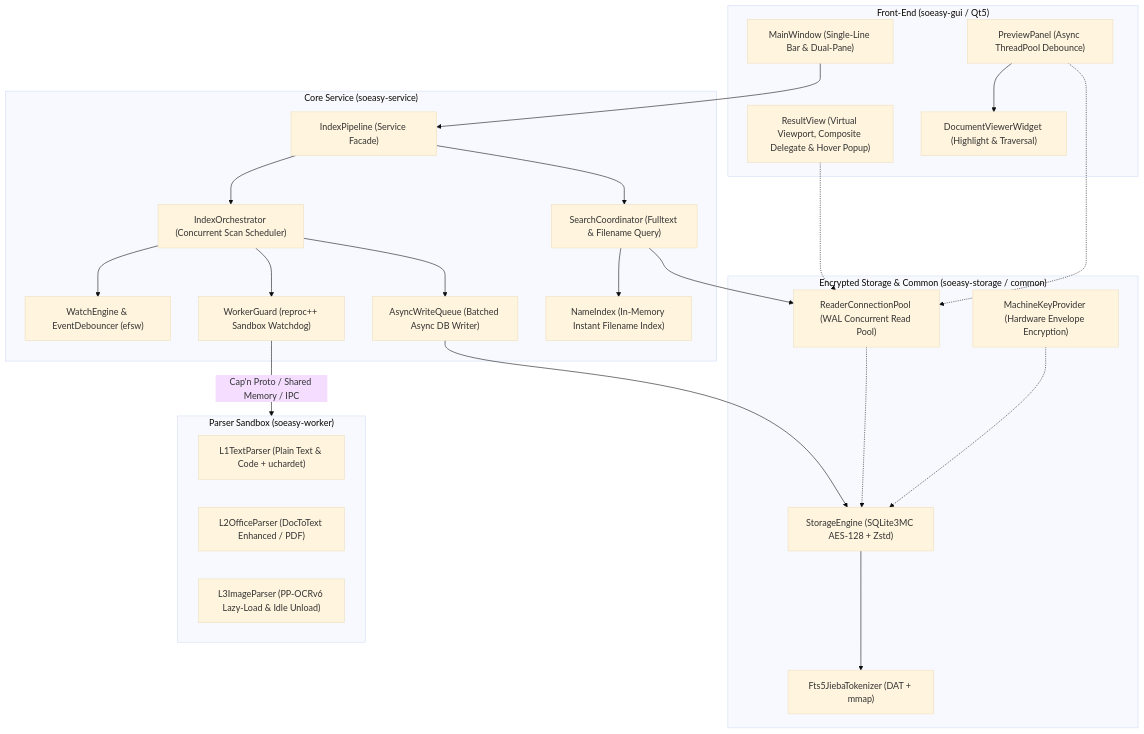
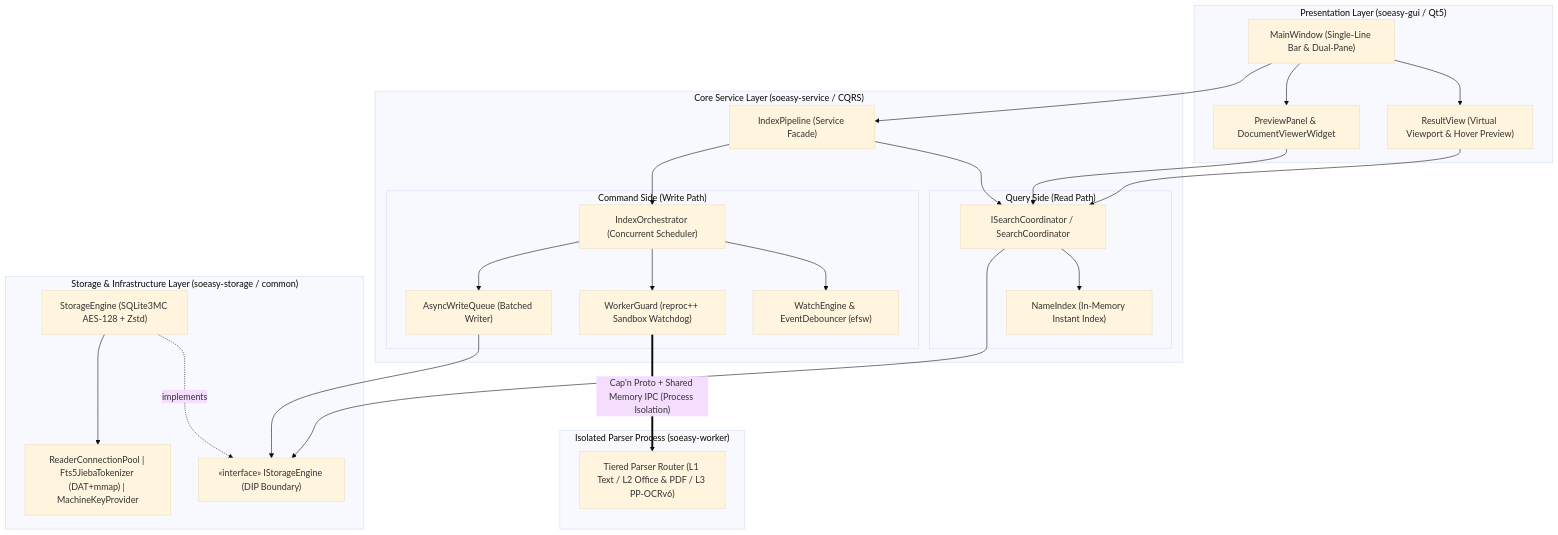
Before and after one commit to lilucpp/soeasy: the diagram in README.md, drawn with Mermaid (base theme). The commit also changed 46 other files, not shown here.

First line of the commit message:
refactor(arch): consolidate CQRS boundaries, NVI contracts, and async GUI decoupling

````diff
--- a/README.md
+++ b/README.md
@@ -35,49 +35,52 @@
 ```mermaid
 flowchart TD
-    subgraph UI ["Front-End (soeasy-gui / Qt5)"]
+    subgraph UI ["Presentation Layer (soeasy-gui / Qt5)"]
         MainWindow["MainWindow (Single-Line Bar & Dual-Pane)"]
-        ResultView["ResultView (Virtual Viewport, Composite Delegate & Hover Popup)"]
-        PreviewPanel["PreviewPanel (Async ThreadPool Debounce)"]
-        DocViewer["DocumentViewerWidget (Highlight & Traversal)"]
+        ResultView["ResultView (Virtual Viewport & Hover Preview)"]
+        PreviewPanel["PreviewPanel & DocumentViewerWidget"]
+        MainWindow --> ResultView
+        MainWindow --> PreviewPanel
     end
 
-    subgraph Core ["Core Service (soeasy-service)"]
+    subgraph Core ["Core Service Layer (soeasy-service / CQRS)"]
         IndexPipeline["IndexPipeline (Service Facade)"]
-        Orchestrator["IndexOrchestrator (Concurrent Scan Scheduler)"]
-        SearchCoord["SearchCoordinator (Fulltext & Filename Query)"]
-        NameIndex["NameIndex (In-Memory Instant Filename Index)"]
-        WriteQueue["AsyncWriteQueue (Batched Async DB Writer)"]
-        WatchEngine["WatchEngine & EventDebouncer (efsw)"]
-        WorkerGuard["WorkerGuard (reproc++ Sandbox Watchdog)"]
+
+        subgraph QuerySide ["Query Side (Read Path)"]
+            SearchCoord["ISearchCoordinator / SearchCoordinator"]
+            NameIndex["NameIndex (In-Memory Instant Index)"]
+            SearchCoord --> NameIndex
+        end
+
+        subgraph CommandSide ["Command Side (Write Path)"]
+            Orchestrator["IndexOrchestrator (Concurrent Scheduler)"]
+            WatchEngine["WatchEngine & EventDebouncer (efsw)"]
+            WorkerGuard["WorkerGuard (reproc++ Sandbox Watchdog)"]
+            WriteQueue["AsyncWriteQueue (Batched Writer)"]
+            Orchestrator --> WatchEngine
+            Orchestrator --> WorkerGuard
+            Orchestrator --> WriteQueue
+        end
+
+        IndexPipeline --> SearchCoord
+        IndexPipeline --> Orchestrator
     end
 
-    subgraph Sandbox ["Parser Sandbox (soeasy-worker)"]
-        L1["L1TextParser (Plain Text & Code + uchardet)"]
-        L2["L2OfficeParser (DocToText Enhanced / PDF)"]
-        L3["L3ImageParser (PP-OCRv6 Lazy-Load & Idle Unload)"]
+    subgraph Sandbox ["Isolated Parser Process (soeasy-worker)"]
+        ParserRouter["Tiered Parser Router (L1 Text / L2 Office & PDF / L3 PP-OCRv6)"]
     end
 
-    subgraph Storage ["Encrypted Storage & Common (soeasy-storage / common)"]
+    subgraph Storage ["Storage & Infrastructure Layer (soeasy-storage / common)"]
+        IStorage["«interface» IStorageEngine (DIP Boundary)"]
         StorageEngine["StorageEngine (SQLite3MC AES-128 + Zstd)"]
-        ReaderPool["ReaderConnectionPool (WAL Concurrent Read Pool)"]
-        FTS5["Fts5JiebaTokenizer (DAT + mmap)"]
-        MachineKey["MachineKeyProvider (Hardware Envelope Encryption)"]
+        Subsystems["ReaderConnectionPool | Fts5JiebaTokenizer (DAT+mmap) | MachineKeyProvider"]
+        StorageEngine -.->|"implements"| IStorage
+        StorageEngine --> Subsystems
     end
 
     MainWindow --> IndexPipeline
-    PreviewPanel --> DocViewer
-    IndexPipeline --> Orchestrator
-    IndexPipeline --> SearchCoord
-    Orchestrator --> WatchEngine
-    Orchestrator --> WorkerGuard
-    Orchestrator --> WriteQueue
-    SearchCoord --> NameIndex
-    SearchCoord --> ReaderPool
-    WorkerGuard -- "Cap'n Proto / Shared Memory / IPC" --> Sandbox
-    MachineKey -.-> StorageEngine
-    WriteQueue --> StorageEngine
-    StorageEngine --> FTS5
-    ReaderPool -.-> StorageEngine
-    ResultView -.-> ReaderPool
-    PreviewPanel -.-> ReaderPool
+    ResultView --> SearchCoord
+    PreviewPanel --> SearchCoord
+    SearchCoord --> IStorage
+    WriteQueue --> IStorage
+    WorkerGuard ==>|"Cap'n Proto + Shared Memory IPC (Process Isolation)"| ParserRouter
 ```
````
